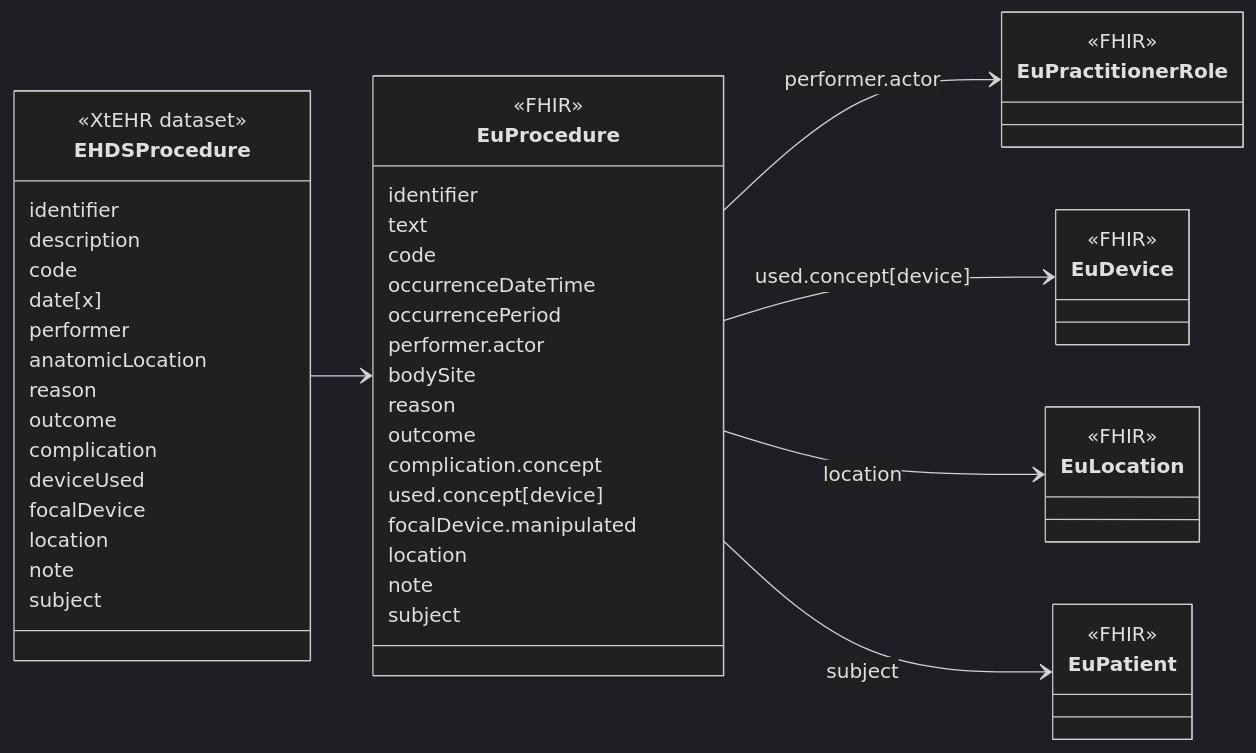
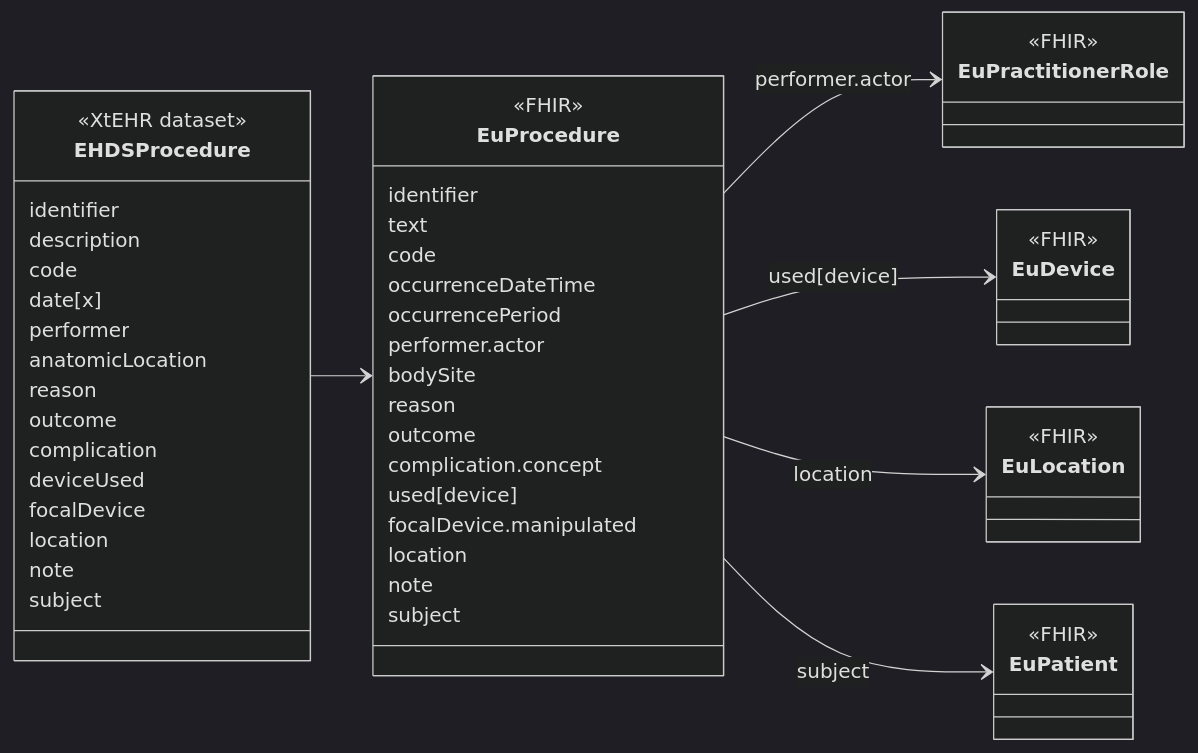
The diagram in input/intro-notes/ConceptMap-EHDSProcedureMap-intro.md (oijauregui/ehdsimaging), drawn with Mermaid (dark theme) before and after one commit. The commit also changed 23 other files, not shown here.

````diff
--- a/input/intro-notes/ConceptMap-EHDSProcedureMap-intro.md
+++ b/input/intro-notes/ConceptMap-EHDSProcedureMap-intro.md
@@ -5,58 +5,58 @@
 ```mermaid
 classDiagram
 direction LR
 class EHDSProcedure {
   <<XtEHR dataset>>
   identifier
   description
   code
   date[x]
   performer
   anatomicLocation
   reason
   outcome
   complication
   deviceUsed
   focalDevice
   location
   note
   subject
 }
 link EHDSProcedure "https://build.fhir.org/ig/Xt-EHR/xt-ehr-common/StructureDefinition-EHDSProcedure.html"
 class EuProcedure{
   <<FHIR>>
   identifier
   text
   code
   occurrenceDateTime
   occurrencePeriod
   performer.actor
   bodySite
   reason
   outcome
   complication.concept
-  used.concept[device]
+  used[device]
   focalDevice.manipulated
   location
   note
   subject
 }
 
 class EuPractitionerRole {
   <<FHIR>>
 }
 class EuDevice {
   <<FHIR>>
 }
 class EuLocation {
   <<FHIR>>
 }
 class EuPatient {
   <<FHIR>>
 }
 EHDSProcedure --> EuProcedure
 EuProcedure --> EuPractitionerRole : performer.actor
-EuProcedure --> EuDevice : used.concept[device]
+EuProcedure --> EuDevice : used[device]
 EuProcedure --> EuLocation : location
 EuProcedure --> EuPatient : subject
 ```
````
